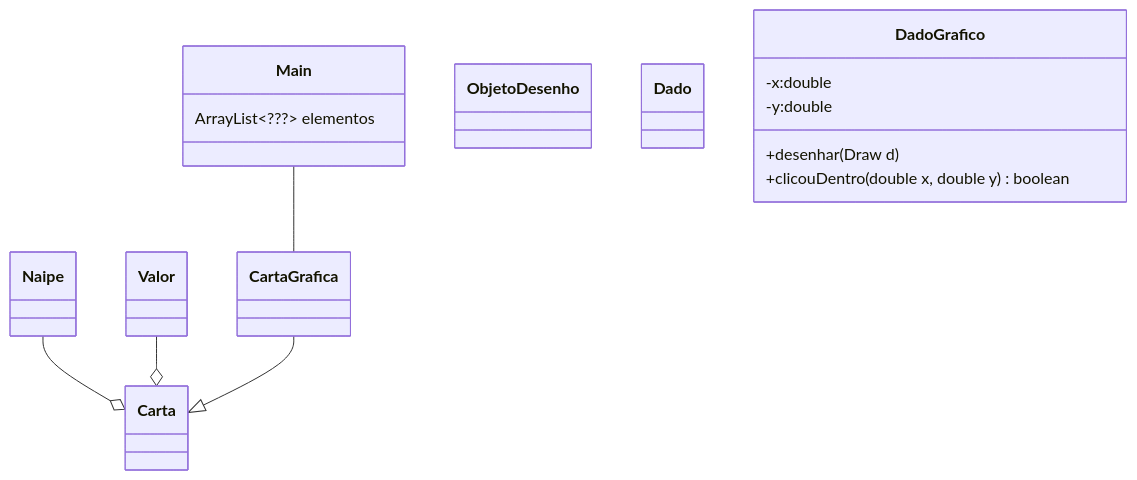
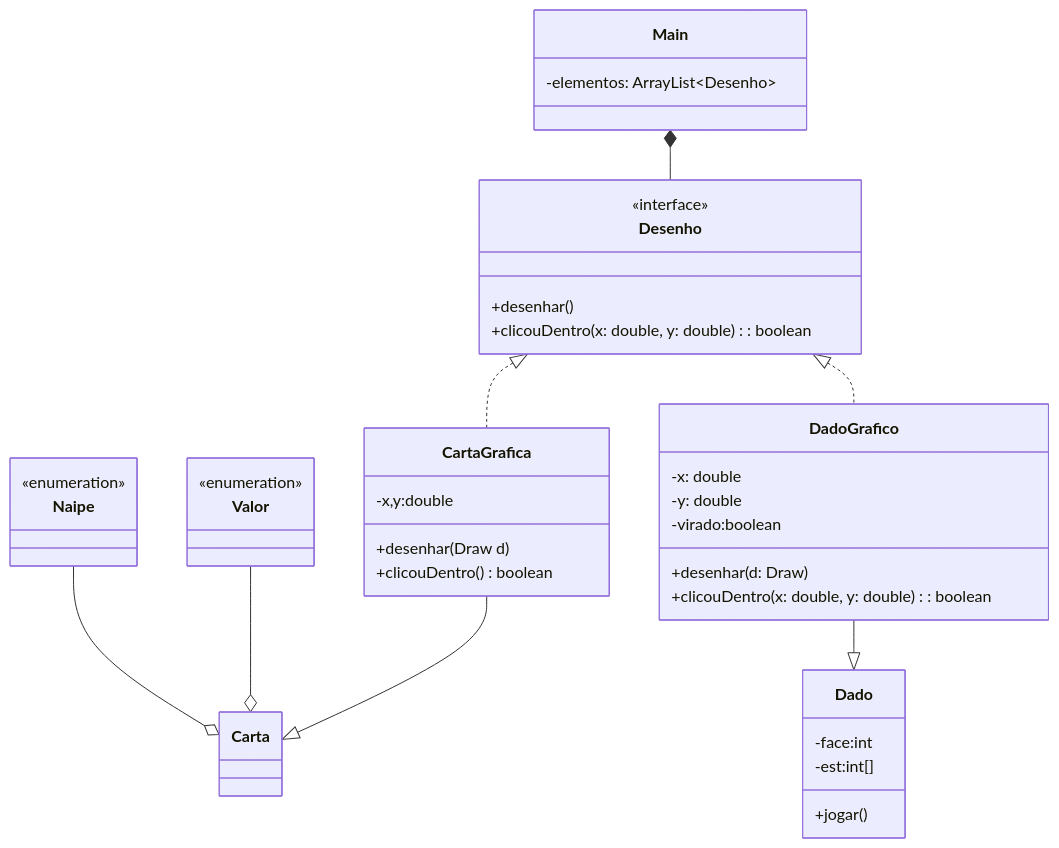
Before and after one commit to kaleu-b/poo: the diagram in lab07/untitled/readme.md, drawn with Mermaid. The commit also changed 3 other files, not shown here.

````diff
--- a/lab07/untitled/readme.md
+++ b/lab07/untitled/readme.md
@@ -1,44 +1,55 @@
 ```mermaid
-    classDiagram
-        direction TB
-        
-        class Naipe{
-            
-        }
-        
-        class Valor{
-            
-        }
-        
-        class Carta{
-            
-        }
-        
-        class CartaGrafica{
-            
-        }   
-        
-        class Main{
-            ArrayList~???~ elementos
-        }
-        
-        class ObjetoDesenho{
-            
-        }
-        
-        class Dado{
-            
-        }
-        
-        class DadoGrafico{
-            -x:double
-            -y:double
-            +desenhar(Draw d)
-            +clicouDentro(double x, double y)boolean
-        }
-        
-         Naipe --o Carta
-         Valor --o Carta
-         CartaGrafica --|> Carta
-         Main -- CartaGrafica
+classDiagram
+direction TB
+
+    class Naipe {
+        <<enumeration>>
+    }
+
+    class Valor {
+        <<enumeration>>
+    }
+
+    class Carta {
+    }
+
+    class CartaGrafica {
+        -x,y:double
+        +desenhar(Draw d)
+        +clicouDentro()boolean
+    }
+
+    class Main {
+        -elementos: ArrayList~Desenho~
+    }
+
+    class Dado {
+        -face:int
+        -est:int[]
+        +jogar()
+    }
+
+    class DadoGrafico {
+        -x: double
+        -y: double
+        -virado:boolean
+        +desenhar(d: Draw)
+        +clicouDentro(x: double, y: double) : boolean
+    }
+
+    class Desenho {
+        <<interface>>
+        +desenhar()
+        +clicouDentro(x: double, y: double) : boolean
+    }
+
+    Naipe --o Carta
+    Valor --o Carta
+    CartaGrafica --|> Carta
+    DadoGrafico --|> Dado
+    Desenho <|.. CartaGrafica
+    Desenho <|.. DadoGrafico
+    Main *-- Desenho
+    
+    
 ```
````
